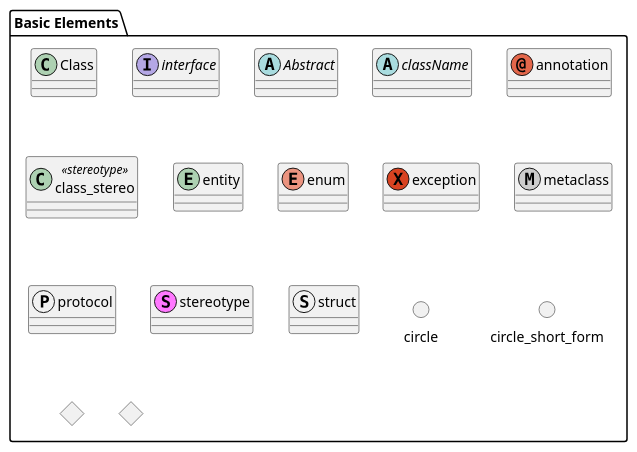
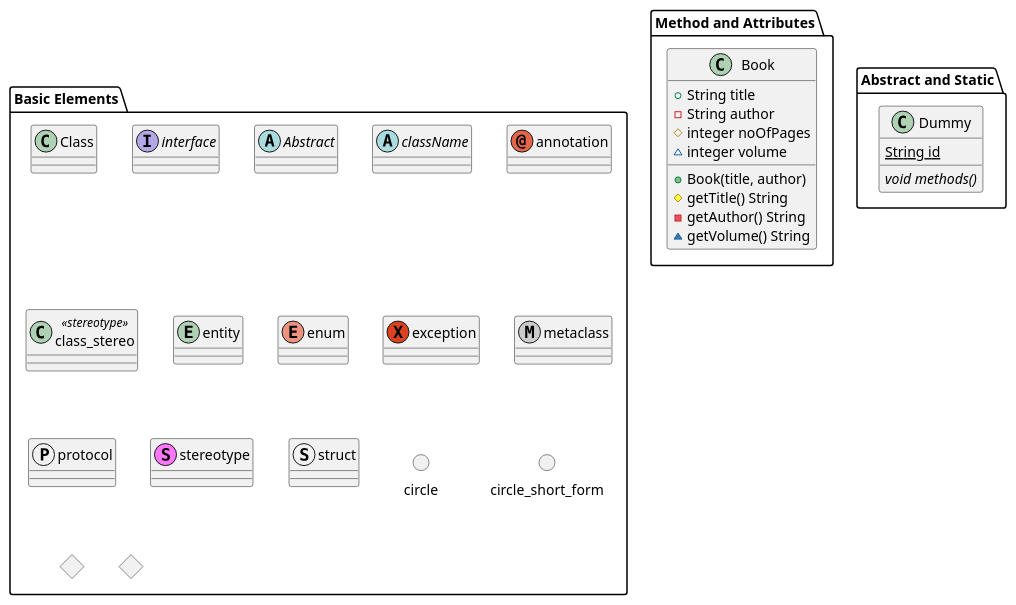
The diagram in class-diagram/elements.puml (chaitenyay/plantuml), drawn with PlantUML before and after one commit. The commit also changed 2 other files, not shown here.

Commit message:
Read me and class diagram

```diff
--- a/class-diagram/elements.puml
+++ b/class-diagram/elements.puml
@@ -1,25 +1,45 @@
 @startuml basic-elements
 
 package "Basic Elements" {
+    class           Class
+    interface       interface
+    abstract        Abstract
+    abstract class  className
+    annotation      annotation
+    class           class_stereo  <<stereotype>>
+    entity          entity
+    enum            enum
+    exception       exception
+    metaclass       metaclass
+    protocol        protocol
+    stereotype      stereotype
+    struct          struct
+    circle          circle
+    ()              circle_short_form
+    diamond         diamond
+    <>              diamond_short_form
+}
 
-class           Class
-interface       interface
-abstract        Abstract
-abstract class  className
-annotation      annotation
-class           class_stereo  <<stereotype>>
-entity          entity
-enum            enum
-exception       exception
-metaclass       metaclass
-protocol        protocol
-stereotype      stereotype
-struct          struct
-circle          circle
-()              circle_short_form
-diamond         diamond
-<>              diamond_short_form
+package "Method and Attributes" {
+    class Book {
+        + String title
+        - String author
+        # integer noOfPages
+        ~ integer volume
 
+
+        + Book(title, author)
+        # getTitle() String
+        - getAuthor() String
+        ~ getVolume() String
+    }
+}
+
+package "Abstract and Static" {
+    class Dummy {
+        {static} String id
+        {abstract} void methods()
+    }
 }
 
 @enduml
```
